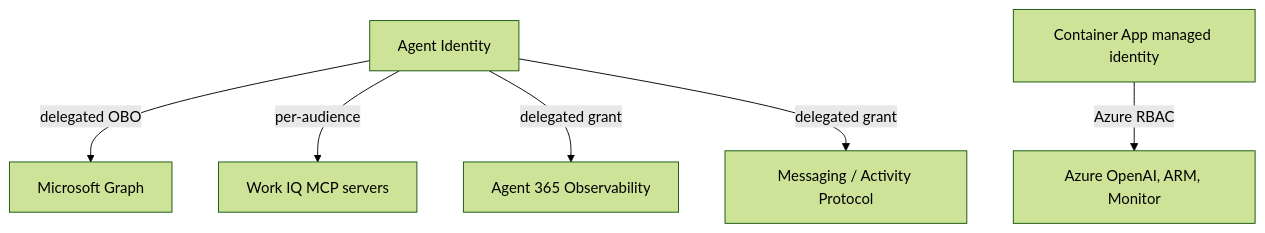
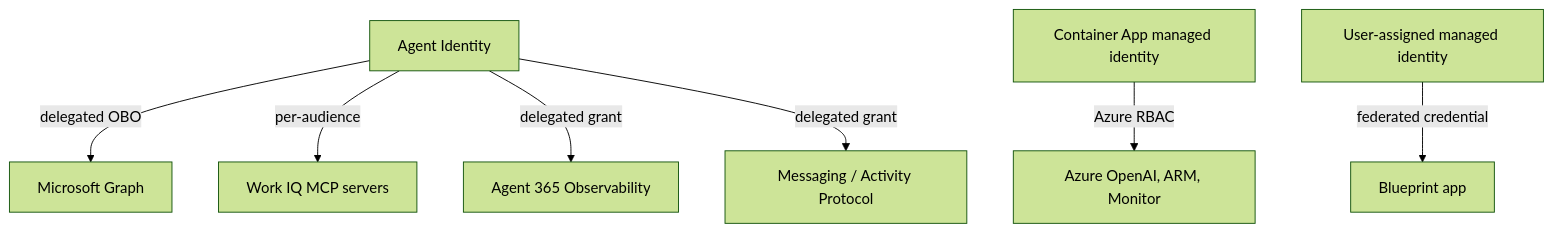
The diagram in docs/capabilities-and-permissions.md (thobthuan-s/langchain-oa), drawn with Mermaid (forest theme) before and after one commit. The commit also changed other lines of this file and 4 other files, not shown here.

````diff
--- a/docs/capabilities-and-permissions.md
+++ b/docs/capabilities-and-permissions.md
@@ -89,10 +89,11 @@
 ```mermaid
 flowchart TD
     AI[Agent Identity]
     AI -->|delegated OBO| G[Microsoft Graph]
     AI -->|per-audience| W[Work IQ MCP servers]
     AI -->|delegated grant| O[Agent 365 Observability]
     AI -->|delegated grant| B[Messaging / Activity Protocol]
 
     MI[Container App managed identity] -->|Azure RBAC| AZ[Azure OpenAI, ARM, Monitor]
+    UA[User-assigned managed identity] -->|federated credential| BP[Blueprint app]
 ```
````
